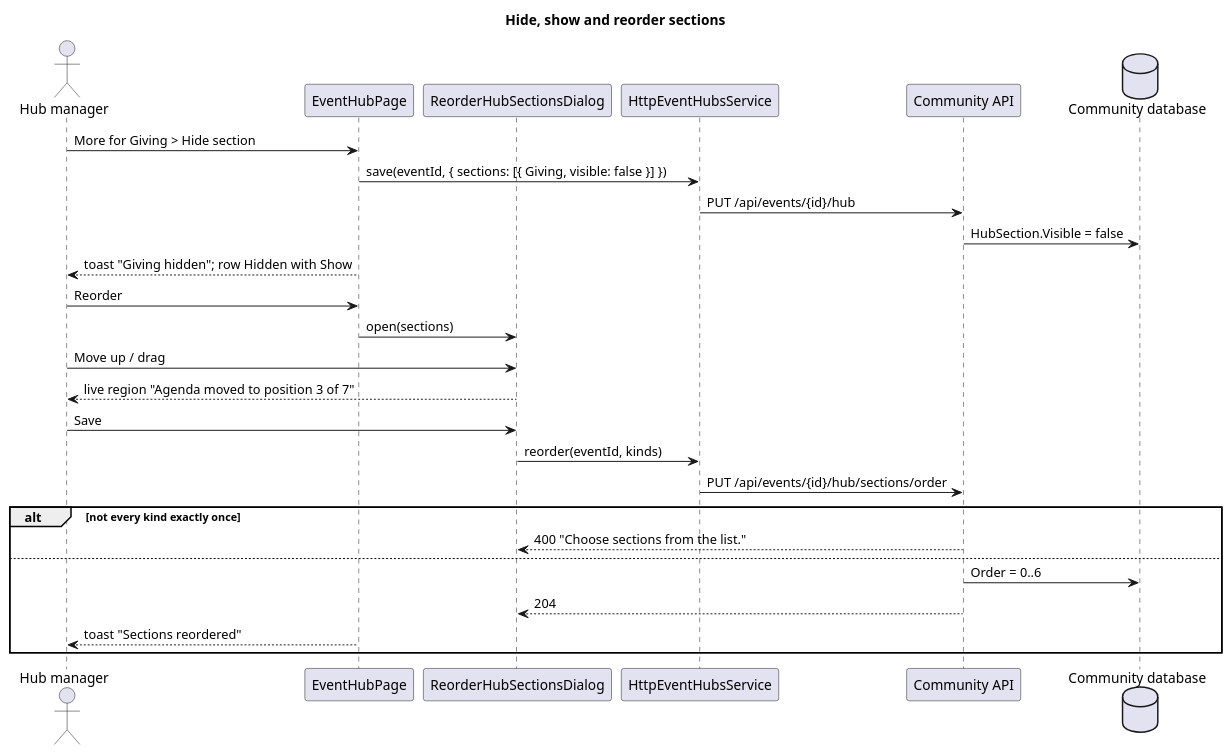
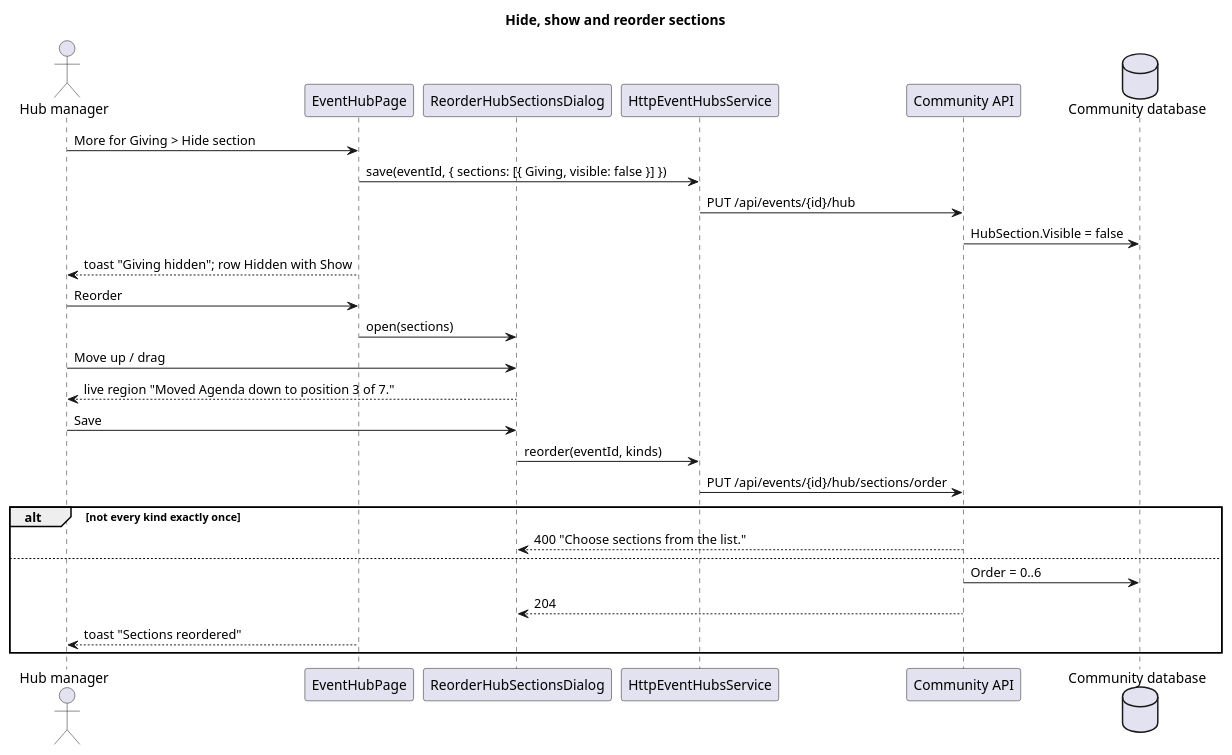
The diagram in docs/detailed-designs/events/fill-in-hub-sections/diagrams/sequence-reorder.puml (QuinntyneBrown/faithtech-community), drawn with PlantUML before and after one commit. The commit also changed 17 other files, not shown here.

```diff
--- a/docs/detailed-designs/events/fill-in-hub-sections/diagrams/sequence-reorder.puml
+++ b/docs/detailed-designs/events/fill-in-hub-sections/diagrams/sequence-reorder.puml
@@ -1,28 +1,28 @@
 @startuml
 title Hide, show and reorder sections
 actor "Hub manager" as lead
 participant "EventHubPage" as page
 participant "ReorderHubSectionsDialog" as dlg
 participant "HttpEventHubsService" as svc
 participant "Community API" as api
 database "Community database" as db
 lead -> page : More for Giving > Hide section
 page -> svc : save(eventId, { sections: [{ Giving, visible: false }] })
 svc -> api : PUT /api/events/{id}/hub
 api -> db : HubSection.Visible = false
 page --> lead : toast "Giving hidden"; row Hidden with Show
 lead -> page : Reorder
 page -> dlg : open(sections)
 lead -> dlg : Move up / drag
-dlg --> lead : live region "Agenda moved to position 3 of 7"
+dlg --> lead : live region "Moved Agenda down to position 3 of 7."
 lead -> dlg : Save
 dlg -> svc : reorder(eventId, kinds)
 svc -> api : PUT /api/events/{id}/hub/sections/order
 alt not every kind exactly once
   api --> dlg : 400 "Choose sections from the list."
 else
   api -> db : Order = 0..6
   api --> dlg : 204
   page --> lead : toast "Sections reordered"
 end
 @enduml
```
